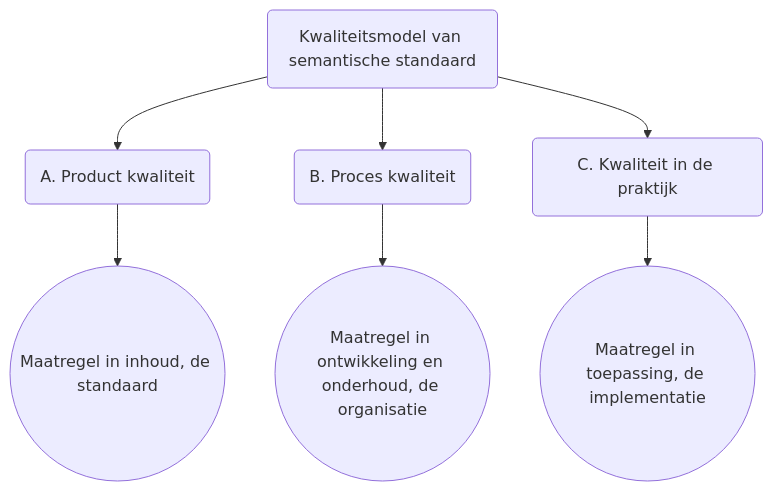
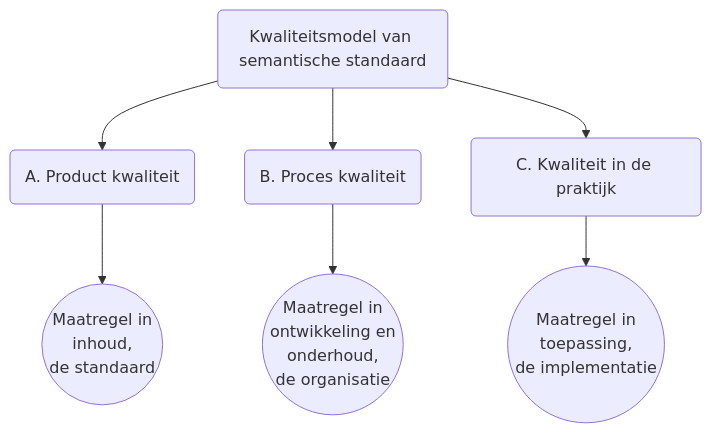
Before and after one commit to Logius-standaarden/BOMOS-Verdieping: the diagram in ch02_Tactiek.md, drawn with Mermaid.

Commit message:
Update ch02_Tactiek.md
br tags

````diff
--- a/ch02_Tactiek.md
+++ b/ch02_Tactiek.md
@@ -983,16 +983,16 @@
 ```mermaid
 graph TD;
     kwaliteit(Kwaliteitsmodel van semantische standaard);
     product(A. Product kwaliteit);
     proces(B. Proces kwaliteit);
     praktijk(C. Kwaliteit in de praktijk);
-    standaard((Maatregel in inhoud, de standaard));
-    organisatie((Maatregel in ontwikkeling en onderhoud, de organisatie));
-    implementatie((Maatregel in toepassing, de implementatie));
+    standaard((Maatregel in<br>inhoud,<br>de standaard));
+    organisatie((Maatregel in<br>ontwikkeling en<br>onderhoud,<br>de organisatie));
+    implementatie((Maatregel in<br>toepassing,<br>de implementatie));
     kwaliteit-->product;
     kwaliteit-->proces;
     kwaliteit-->praktijk;
     product-->standaard;
     proces-->organisatie;
     praktijk-->implementatie;
 ```
````
